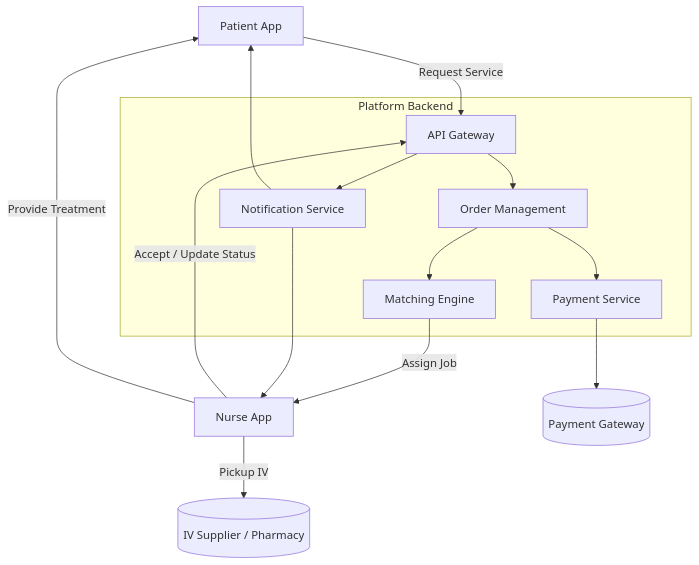
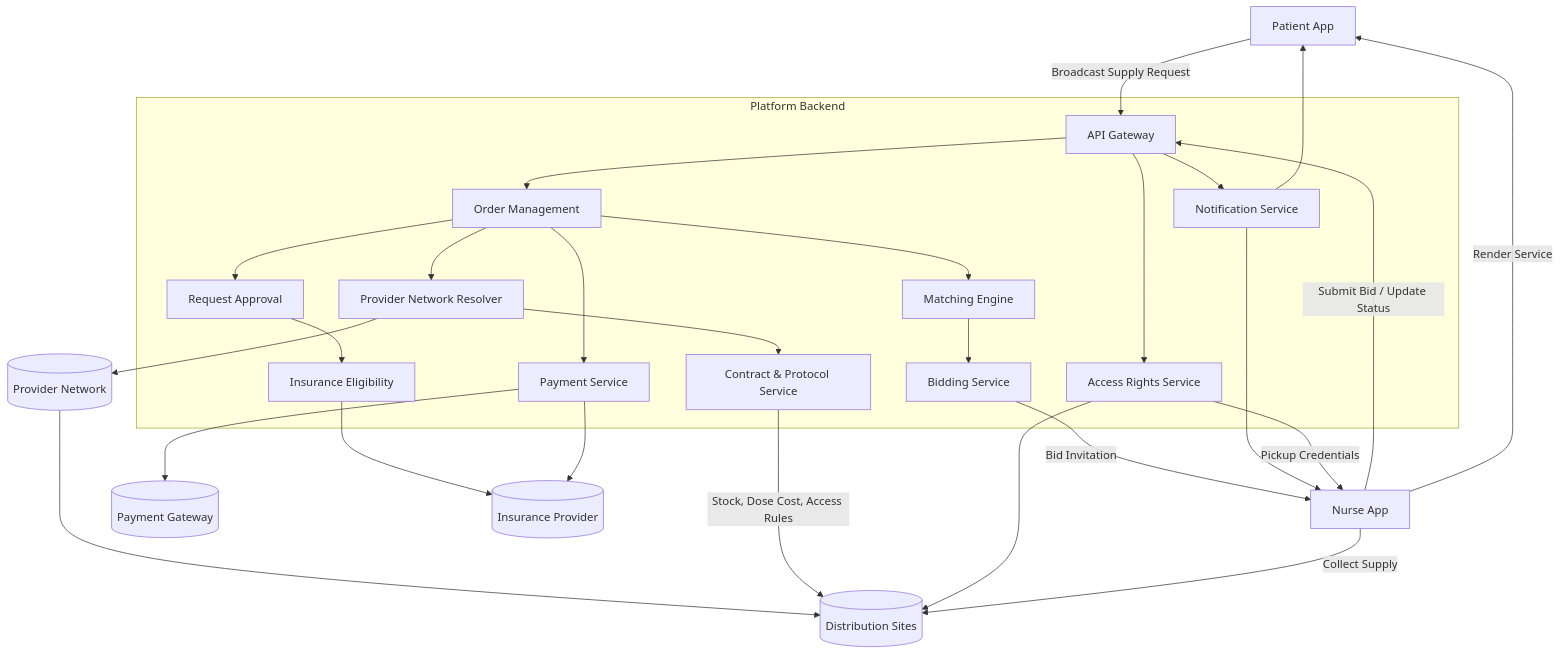
One commit to urishani/superbill-processor changed the first of 6 diagrams in documents/models/system-architecture.md. Above: the diagram before and after it, drawn with Mermaid. The commit also changed other lines of this file, not shown here.

````diff
--- a/documents/models/system-architecture.md
+++ b/documents/models/system-architecture.md
@@ -19,38 +20,60 @@
 ```mermaid
 flowchart TD
 
     %% Frontend
     Patient[Patient App]
     Nurse[Nurse App]
 
     %% Backend Core
     subgraph Platform Backend
         API[API Gateway]
+        Approval[Request Approval]
+        Coverage[Insurance Eligibility]
         Match[Matching Engine]
+        SupplyNet[Provider Network Resolver]
+        ContractSvc[Contract & Protocol Service]
+        Bids[Bidding Service]
         Notify[Notification Service]
         Order[Order Management]
+        Access[Access Rights Service]
         PaymentSvc[Payment Service]
     end
 
     %% External Systems
     Payment[(Payment Gateway)]
-    Supplier[(IV Supplier / Pharmacy)]
+    Insurance[(Insurance Provider)]
+    Provider[(Provider Network)]
+    DistSite[(Distribution Sites)]
 
     %% Flows
-    Patient -->|Request Service| API
+    Patient -->|Broadcast Supply Request| API
     API --> Order
+    Order --> Approval
+    Approval --> Coverage
+    Coverage --> Insurance
+    Order --> SupplyNet
+    SupplyNet --> Provider
+    Provider --> DistSite
+    SupplyNet --> ContractSvc
+    ContractSvc -->|Stock, Dose Cost, Access Rules| DistSite
     Order --> Match
-    Match -->|Assign Job| Nurse
+    Match --> Bids
+    Bids -->|Bid Invitation| Nurse
 
-    Nurse -->|Accept / Update Status| API
+    Nurse -->|Submit Bid / Update Status| API
     API --> Notify
     Notify --> Patient
     Notify --> Nurse
 
+    API --> Access
+    Access -->|Pickup Credentials| Nurse
+    Access --> DistSite
+
     Order --> PaymentSvc
     PaymentSvc --> Payment
+    PaymentSvc --> Insurance
 
-    Nurse -->|Pickup IV| Supplier
+    Nurse -->|Collect Supply| DistSite
 
-    Nurse -->|Provide Treatment| Patient
+    Nurse -->|Render Service| Patient
 ``` 
````
